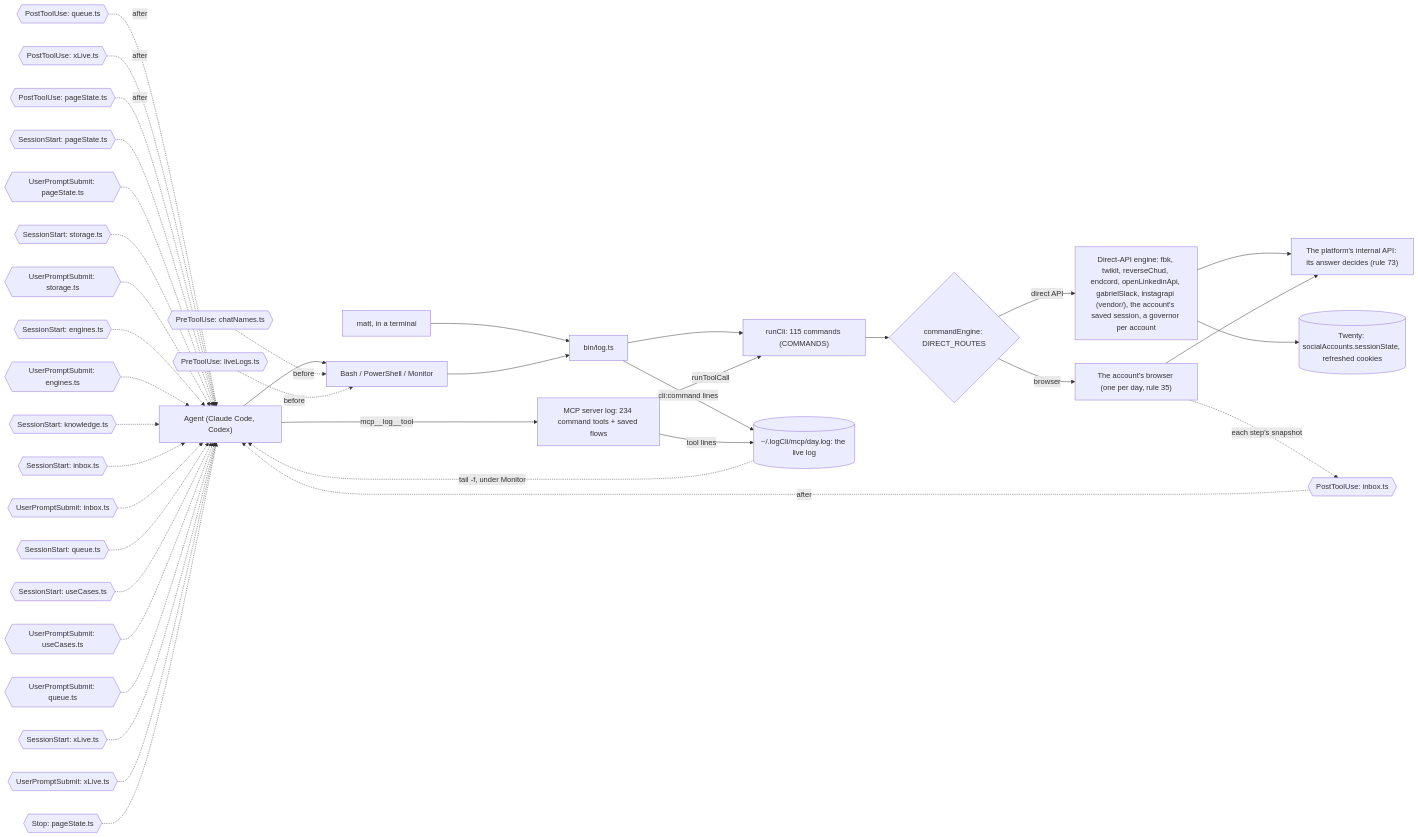
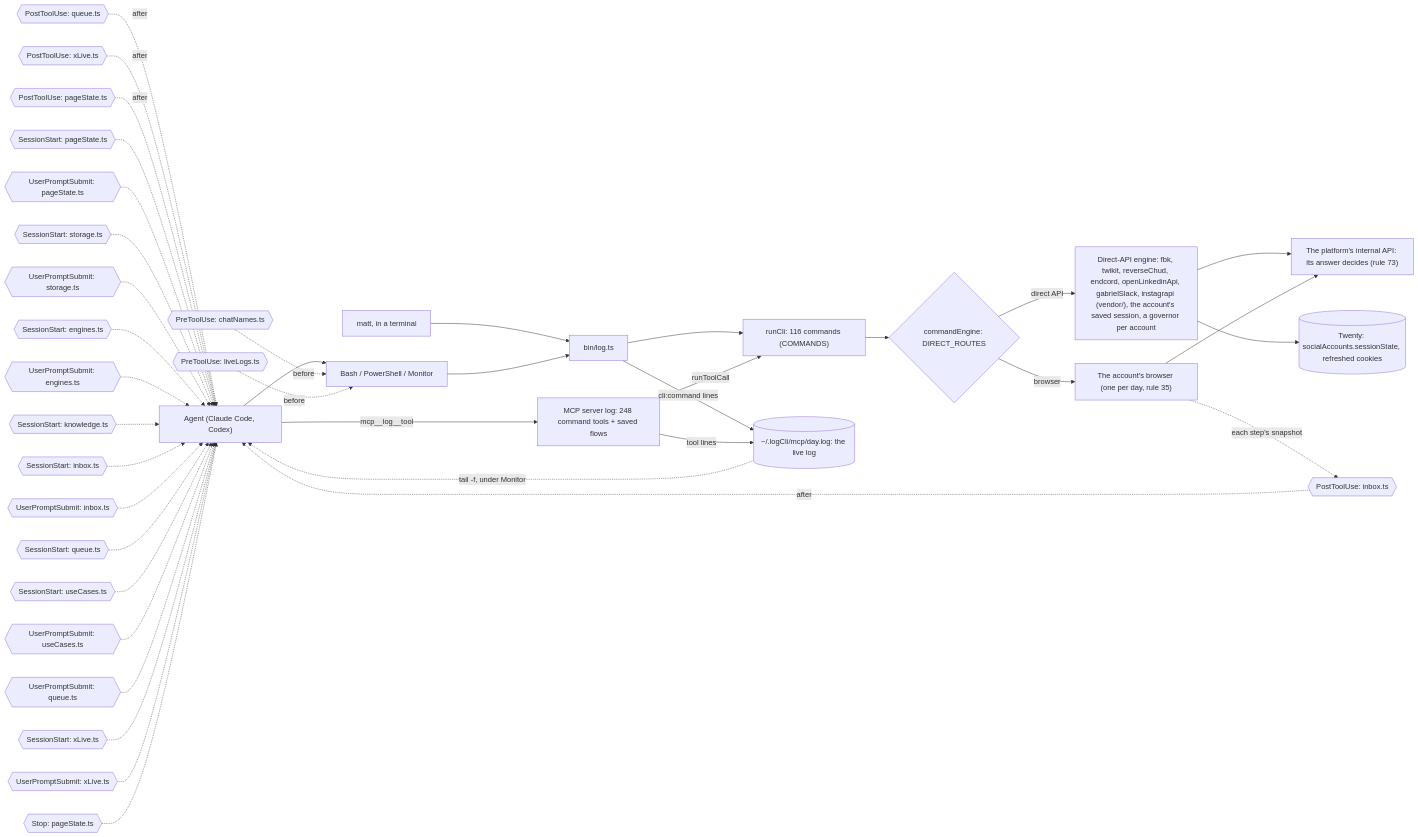
One commit to matthewdonsemail-lab/log changed the diagram in docs/diagrams/surface.mmd. Above: the diagram before and after it, drawn with Mermaid. The commit also changed 150 other files, not shown here.

```diff
--- a/docs/diagrams/surface.mmd
+++ b/docs/diagrams/surface.mmd
@@ -1,53 +1,53 @@
 %% How a call reaches log-cli. From a shell or over MCP, both run the same commands through `runCli`, write the same live log, and pass through the same hooks. `commandEngine` sends each command to the platform's direct API or to the account's browser.
 %% Written by `bun run docs:build` from the code (rule 56). Not edited by hand.
 flowchart LR
   agent["Agent (Claude Code, Codex)"]
   matt["matt, in a terminal"]
   shell["Bash / PowerShell / Monitor"]
-  mcp["MCP server log: 234 command tools + saved flows"]
+  mcp["MCP server log: 248 command tools + saved flows"]
   bin["bin/log.ts"]
-  runCli["runCli: 115 commands (COMMANDS)"]
+  runCli["runCli: 116 commands (COMMANDS)"]
   live[("~/.logCli/mcp/day.log: the live log")]
   engine{"commandEngine: DIRECT_ROUTES"}
   direct["Direct-API engine: fbk, twikit, reverseChud, endcord, openLinkedinApi, gabrielSlack, instagrapi (vendor/), the account's saved session, a governor per account"]
   browser["The account's browser (one per day, rule 35)"]
   api["The platform's internal API: its answer decides (rule 73)"]
   twenty[("Twenty: socialAccounts.sessionState, refreshed cookies")]
   agent --> shell
   matt --> bin
   shell --> bin
   agent -->|mcp__log__tool| mcp
   bin --> runCli
   mcp -->|runToolCall| runCli
   runCli --> engine
   engine -->|direct API| direct
   engine -->|browser| browser
   direct --> api
   browser --> api
   direct --> twenty
   bin -->|cli:command lines| live
   mcp -->|tool lines| live
   live -.->|tail -f, under Monitor| agent
   pre0{{"PreToolUse: chatNames.ts"}} -.->|before| shell
   pre1{{"PreToolUse: liveLogs.ts"}} -.->|before| shell
   post0{{"PostToolUse: inbox.ts"}} -.->|after| agent
   post1{{"PostToolUse: queue.ts"}} -.->|after| agent
   post2{{"PostToolUse: xLive.ts"}} -.->|after| agent
   post3{{"PostToolUse: pageState.ts"}} -.->|after| agent
   turn0{{"SessionStart: pageState.ts"}} -.-> agent
   turn1{{"UserPromptSubmit: pageState.ts"}} -.-> agent
   turn2{{"SessionStart: storage.ts"}} -.-> agent
   turn3{{"UserPromptSubmit: storage.ts"}} -.-> agent
   turn4{{"SessionStart: engines.ts"}} -.-> agent
   turn5{{"UserPromptSubmit: engines.ts"}} -.-> agent
   turn6{{"SessionStart: knowledge.ts"}} -.-> agent
   turn7{{"SessionStart: inbox.ts"}} -.-> agent
   turn8{{"UserPromptSubmit: inbox.ts"}} -.-> agent
   turn9{{"SessionStart: queue.ts"}} -.-> agent
   turn10{{"SessionStart: useCases.ts"}} -.-> agent
   turn11{{"UserPromptSubmit: useCases.ts"}} -.-> agent
   turn12{{"UserPromptSubmit: queue.ts"}} -.-> agent
   turn13{{"SessionStart: xLive.ts"}} -.-> agent
   turn14{{"UserPromptSubmit: xLive.ts"}} -.-> agent
   turn15{{"Stop: pageState.ts"}} -.-> agent
   browser -.->|each step's snapshot| post0
```
